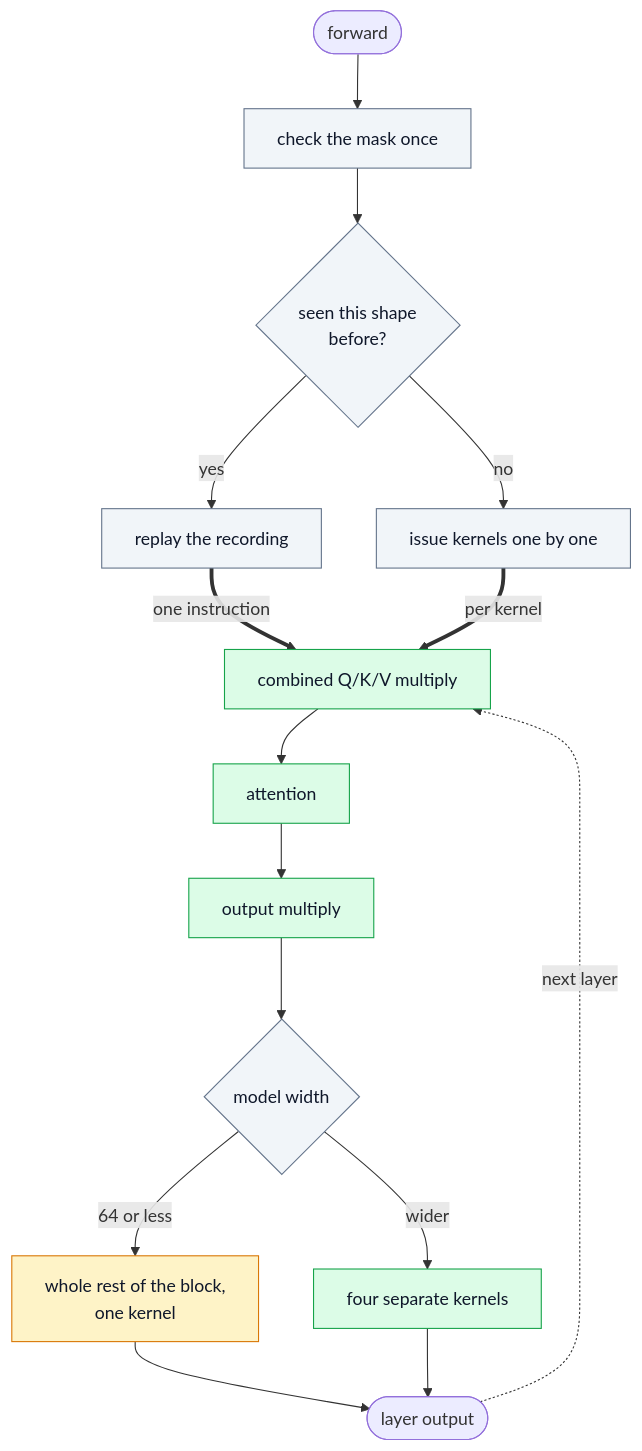
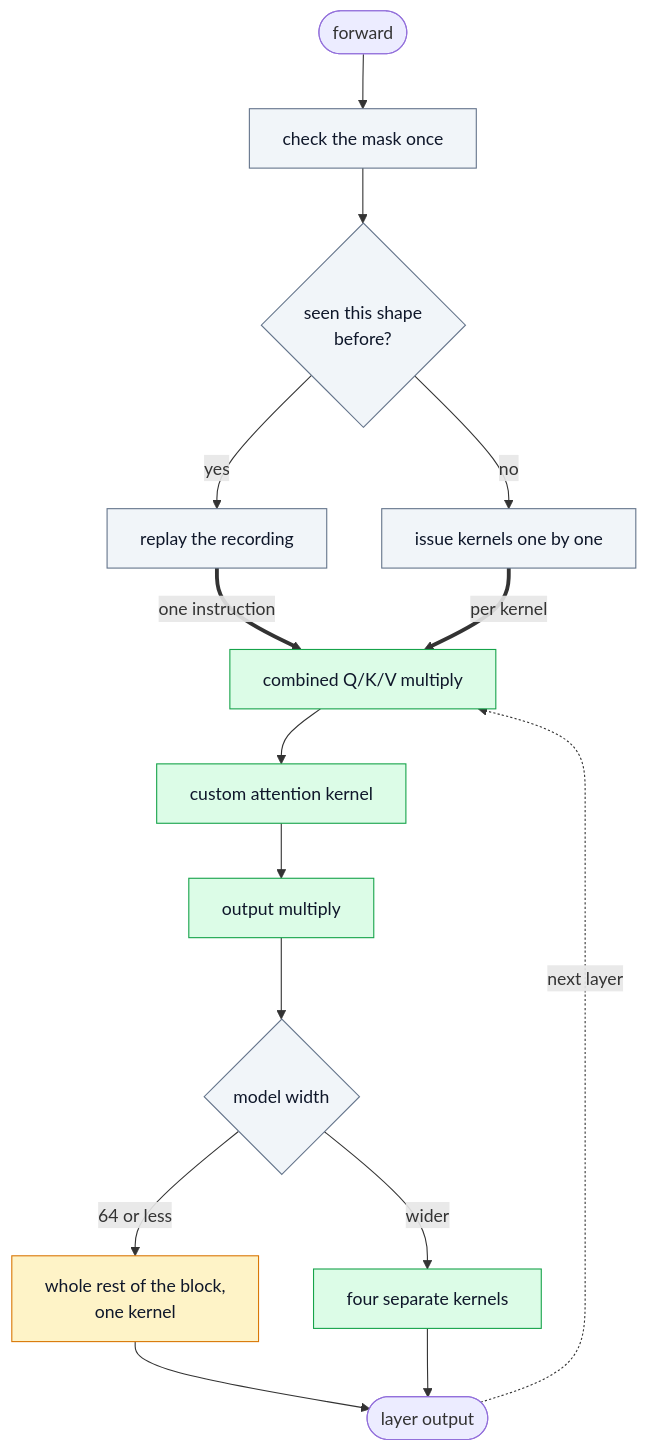
Before and after one commit to jazwinn/Distraction-OptimizedTransformerLayer: the fifth of 7 diagrams in TechnicalReport.md, drawn with Mermaid. The commit also changed other lines of this file and 10 other files, not shown here.

````diff
--- a/TechnicalReport.md
+++ b/TechnicalReport.md
@@ -950,23 +958,23 @@
 ```mermaid
 flowchart TD
     entry(["forward"]) --> probe["check the mask once"]
     probe --> cache{"seen this shape<br/>before?"}
     cache -->|"yes"| replay["replay the recording"]
     cache -->|"no"| eager["issue kernels one by one"]
 
     replay ==>|"one instruction"| qkv["combined Q/K/V multiply"]
     eager ==>|"per kernel"| qkv
-    qkv --> attn["attention"] --> outp["output multiply"] --> gate{"model width"}
+    qkv --> attn["custom attention kernel"] --> outp["output multiply"] --> gate{"model width"}
     gate -->|"64 or less"| fused["whole rest of the block,<br/>one kernel"]
     gate -->|"wider"| chain["four separate kernels"]
     fused --> out(["layer output"])
     chain --> out
     out -.->|"next layer"| qkv
 
     classDef host fill:#f1f5f9,stroke:#64748b,color:#0f172a;
     classDef dev fill:#dcfce7,stroke:#16a34a,color:#0f172a;
     classDef fuse fill:#fef3c7,stroke:#d97706,color:#0f172a;
     class probe,cache,replay,eager,gate host;
     class qkv,attn,outp,chain dev;
     class fused fuse;
 ```
````
